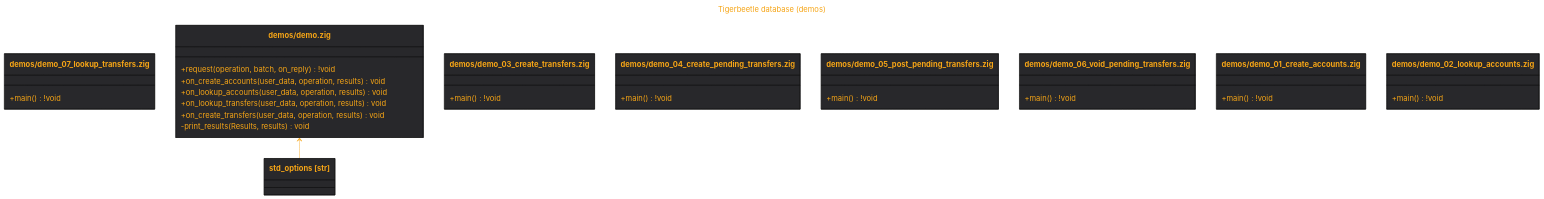
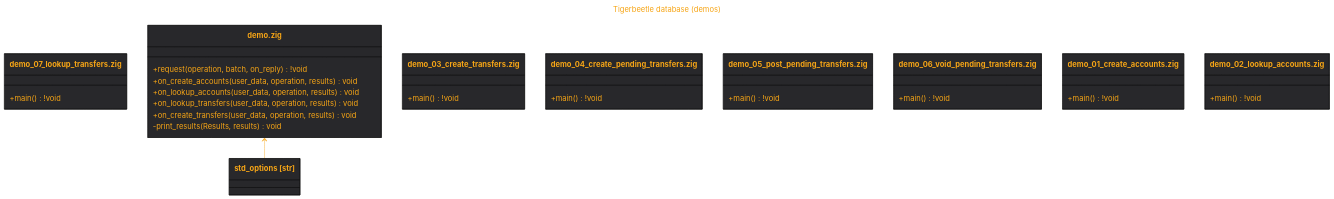
The diagram in out/src.demos.md (tensorush/meduza), drawn with Mermaid before and after one commit. The commit also changed 21 other files, not shown here.

````diff
--- a/out/src.demos.md
+++ b/out/src.demos.md
@@ -1,58 +1,58 @@
 ```mermaid
 ---
 title: Tigerbeetle database (demos)
 ---
 %%{
     init: {
         'theme': 'base',
         'themeVariables': {
             'fontSize': '18px',
             'fontFamily': 'arial',
             'lineColor': '#F6A516',
             'primaryColor': '#28282B',
             'primaryTextColor': '#F6A516'
         }
     }
 }%%
 classDiagram
-class `demos/demo_07_lookup_transfers.zig` {
+class `demo_07_lookup_transfers.zig` {
     +main() !void
 }
-link `demos/demo_07_lookup_transfers.zig` "https://github.com/tigerbeetle/tigerbeetle/blob/main/src/demos/demo_07_lookup_transfers.zig"
+link `demo_07_lookup_transfers.zig` "https://github.com/tigerbeetle/tigerbeetle/blob/main/src/demos/demo_07_lookup_transfers.zig"
 class std_options["std_options [str]"]
 link std_options "https://github.com/tigerbeetle/tigerbeetle/blob/main/src/demos/demo.zig#L23"
-class `demos/demo.zig` {
+class `demo.zig` {
     +request(operation, batch, on_reply) !void
     +on_create_accounts(user_data, operation, results) void
     +on_lookup_accounts(user_data, operation, results) void
     +on_lookup_transfers(user_data, operation, results) void
     +on_create_transfers(user_data, operation, results) void
     -print_results(Results, results) void
 }
-`demos/demo.zig` <-- std_options
-link `demos/demo.zig` "https://github.com/tigerbeetle/tigerbeetle/blob/main/src/demos/demo.zig"
-class `demos/demo_03_create_transfers.zig` {
+`demo.zig` <-- std_options
+link `demo.zig` "https://github.com/tigerbeetle/tigerbeetle/blob/main/src/demos/demo.zig"
+class `demo_03_create_transfers.zig` {
     +main() !void
 }
-link `demos/demo_03_create_transfers.zig` "https://github.com/tigerbeetle/tigerbeetle/blob/main/src/demos/demo_03_create_transfers.zig"
-class `demos/demo_04_create_pending_transfers.zig` {
+link `demo_03_create_transfers.zig` "https://github.com/tigerbeetle/tigerbeetle/blob/main/src/demos/demo_03_create_transfers.zig"
+class `demo_04_create_pending_transfers.zig` {
     +main() !void
 }
-link `demos/demo_04_create_pending_transfers.zig` "https://github.com/tigerbeetle/tigerbeetle/blob/main/src/demos/demo_04_create_pending_transfers.zig"
-class `demos/demo_05_post_pending_transfers.zig` {
+link `demo_04_create_pending_transfers.zig` "https://github.com/tigerbeetle/tigerbeetle/blob/main/src/demos/demo_04_create_pending_transfers.zig"
+class `demo_05_post_pending_transfers.zig` {
     +main() !void
 }
-link `demos/demo_05_post_pending_transfers.zig` "https://github.com/tigerbeetle/tigerbeetle/blob/main/src/demos/demo_05_post_pending_transfers.zig"
-class `demos/demo_06_void_pending_transfers.zig` {
+link `demo_05_post_pending_transfers.zig` "https://github.com/tigerbeetle/tigerbeetle/blob/main/src/demos/demo_05_post_pending_transfers.zig"
+class `demo_06_void_pending_transfers.zig` {
     +main() !void
 }
-link `demos/demo_06_void_pending_transfers.zig` "https://github.com/tigerbeetle/tigerbeetle/blob/main/src/demos/demo_06_void_pending_transfers.zig"
-class `demos/demo_01_create_accounts.zig` {
+link `demo_06_void_pending_transfers.zig` "https://github.com/tigerbeetle/tigerbeetle/blob/main/src/demos/demo_06_void_pending_transfers.zig"
+class `demo_01_create_accounts.zig` {
     +main() !void
 }
-link `demos/demo_01_create_accounts.zig` "https://github.com/tigerbeetle/tigerbeetle/blob/main/src/demos/demo_01_create_accounts.zig"
-class `demos/demo_02_lookup_accounts.zig` {
+link `demo_01_create_accounts.zig` "https://github.com/tigerbeetle/tigerbeetle/blob/main/src/demos/demo_01_create_accounts.zig"
+class `demo_02_lookup_accounts.zig` {
     +main() !void
 }
-link `demos/demo_02_lookup_accounts.zig` "https://github.com/tigerbeetle/tigerbeetle/blob/main/src/demos/demo_02_lookup_accounts.zig"
+link `demo_02_lookup_accounts.zig` "https://github.com/tigerbeetle/tigerbeetle/blob/main/src/demos/demo_02_lookup_accounts.zig"
 ```
````
